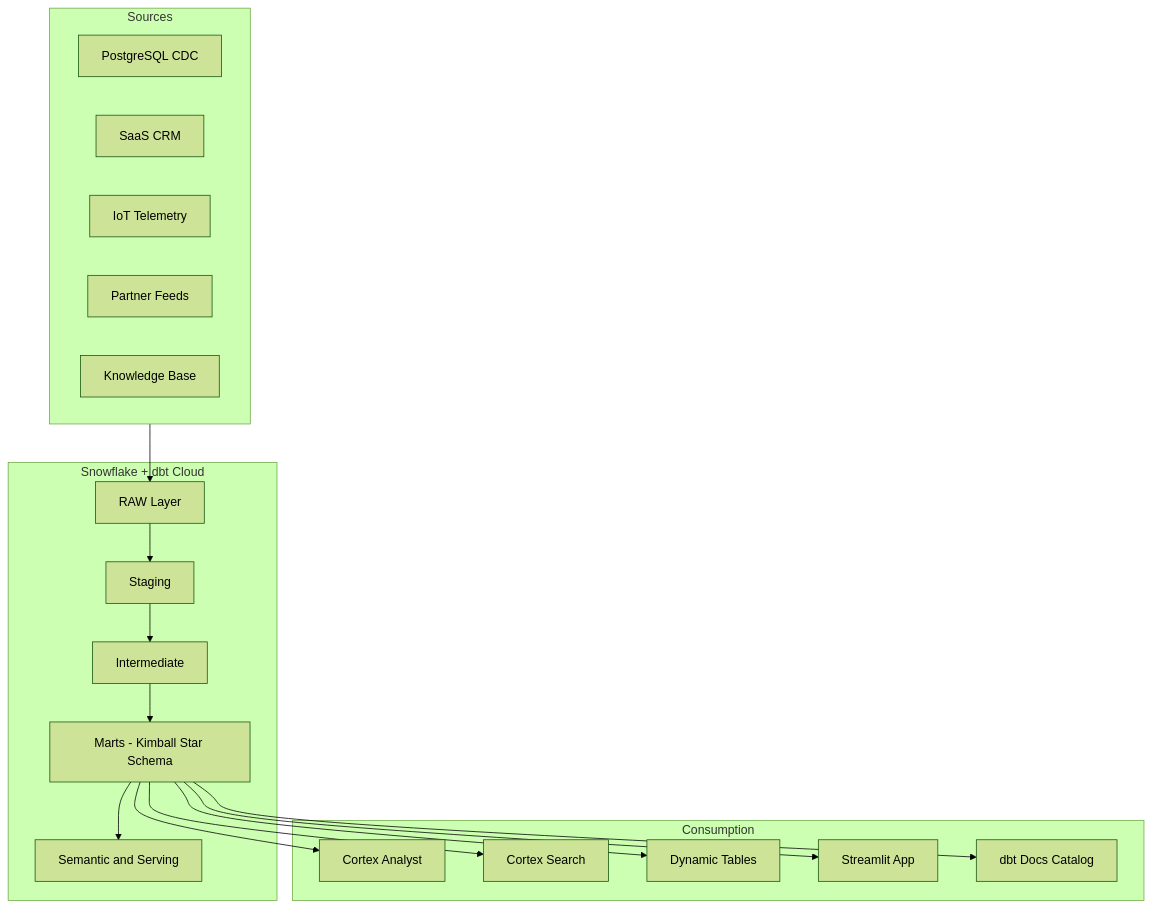
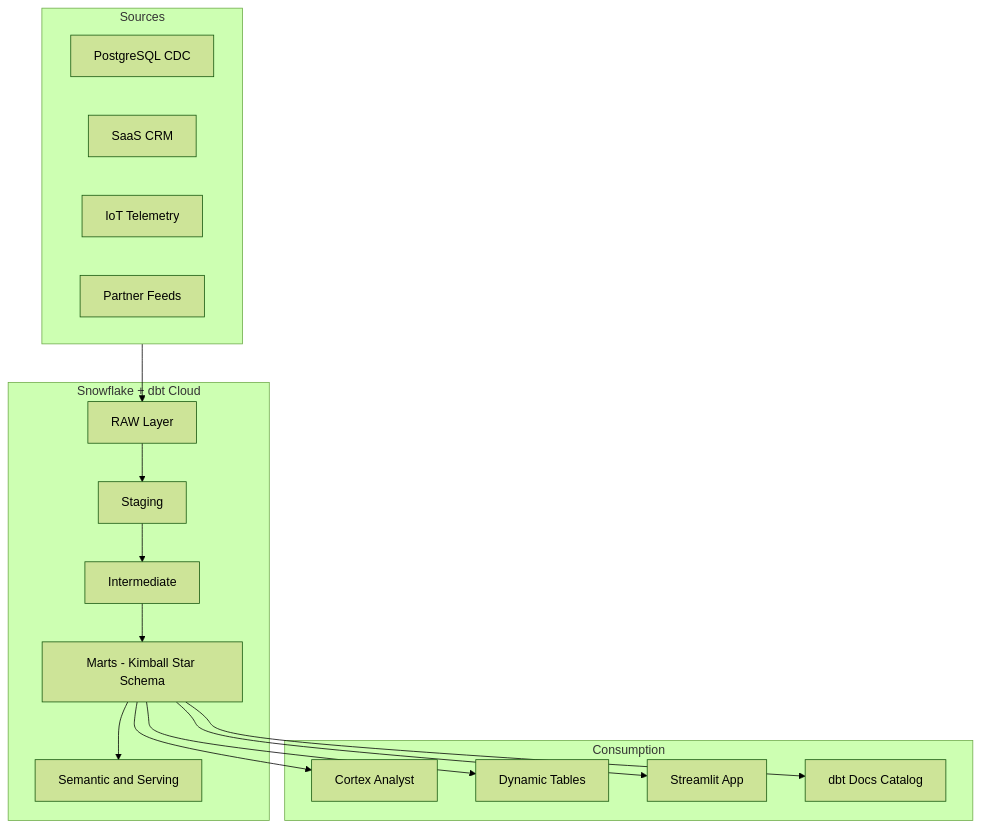
The diagram in README.md (kaspergroenbek/lighthouse), drawn with Mermaid (forest theme) before and after one commit. The commit also changed other lines of this file and 42 other files, not shown here.

````diff
--- a/README.md
+++ b/README.md
@@ -25,26 +25,24 @@
 ```mermaid
 graph TB
     subgraph Sources
         OLTP[PostgreSQL CDC]
         CRM[SaaS CRM]
         IOT[IoT Telemetry]
         PARTNER[Partner Feeds]
-        KB[Knowledge Base]
     end
     subgraph "Snowflake + dbt Cloud"
         RAW[RAW Layer]
         STG[Staging]
         INT[Intermediate]
         MARTS[Marts - Kimball Star Schema]
         SEM[Semantic and Serving]
     end
     subgraph Consumption
         CORTEX_A[Cortex Analyst]
-        CORTEX_S[Cortex Search]
         DT[Dynamic Tables]
         APP[Streamlit App]
         DOCS[dbt Docs Catalog]
     end
     Sources --> RAW --> STG --> INT --> MARTS --> SEM
-    MARTS --> CORTEX_A & CORTEX_S & DT & APP & DOCS
+    MARTS --> CORTEX_A & DT & APP & DOCS
 ```
````
